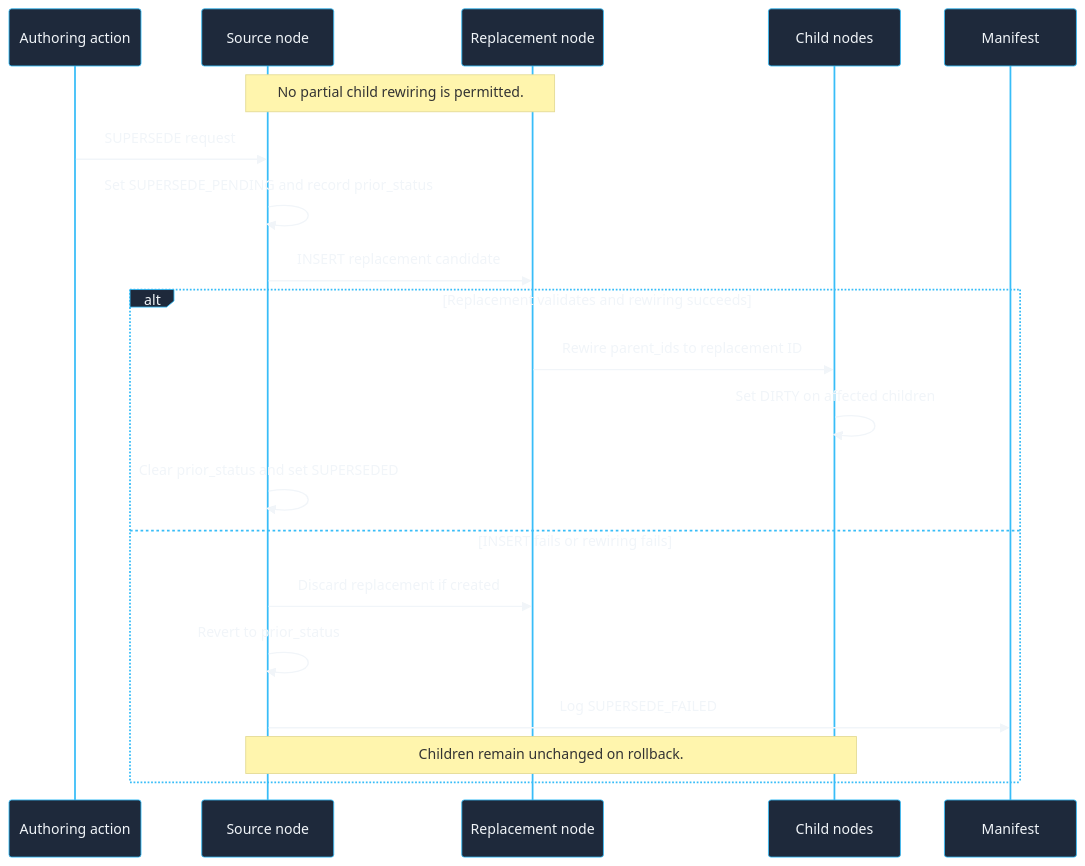
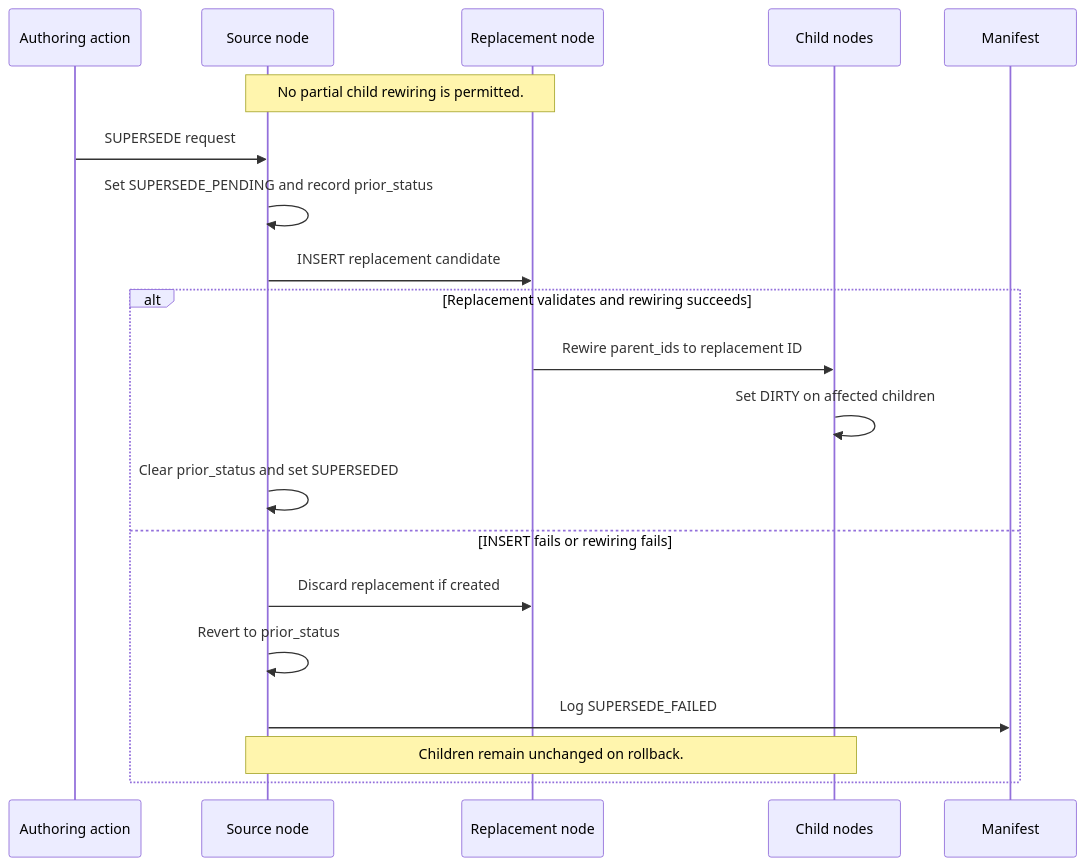
One commit to formosa/Antigravity changed diagram 16 of 28 in .agent/assets/proposals/active/v6.3/ddr_ref_manual_v6.3.md. Above: the diagram before and after it, drawn with Mermaid. The commit also changed other lines of this file and 4 other files, not shown here.

Commit message:
fix: restore Lumina CSS layout and resolve Mermaid diagram parsing issues by removing restrictive div wrappers

````diff
--- a/.agent/assets/proposals/active/v6.3/ddr_ref_manual_v6.3.md
+++ b/.agent/assets/proposals/active/v6.3/ddr_ref_manual_v6.3.md
@@ -1716,43 +2775,49 @@
 ```mermaid
-%%{
-  init: {
-    'theme': 'base',
-    'themeVariables': {
-      'primaryColor': '#1e293b',
-      'primaryTextColor': '#f1f5f9',
-      'primaryBorderColor': '#38bdf8',
-      'lineColor': '#475569',
-      'secondaryColor': '#0f172a',
-      'tertiaryColor': '#0f172a',
-      'clusterBkg': 'rgba(30, 41, 59, 0.5)',
-      'clusterBorder': '#475569',
-      'fontSize': '14px',
-      'fontFamily': 'Inter, system-ui, sans-serif',
-      'nodeBorder': '#38bdf8'
-    }
-  }
-}%%
+
 sequenceDiagram
+
     accTitle: SUPERSEDE transaction with commit and rollback
+
     accDescr: Shows the transactional SUPERSEDE sequence, including replacement insertion, child rewiring, DIRTY marking, rollback, and the rule that partial rewiring is forbidden.
+
     participant A as Authoring action
+
     participant S as Source node
+
     participant R as Replacement node
+
     participant C as Child nodes
+
     participant M as Manifest
 
+
+
     Note over S,R: No partial child rewiring is permitted.
+
     A->>S: SUPERSEDE request
+
     S->>S: Set SUPERSEDE_PENDING and record prior_status
+
     S->>R: INSERT replacement candidate
+
     alt Replacement validates and rewiring succeeds
+
         R->>C: Rewire parent_ids to replacement ID
+
         C->>C: Set DIRTY on affected children
+
         S->>S: Clear prior_status and set SUPERSEDED
+
     else INSERT fails or rewiring fails
+
         S->>R: Discard replacement if created
+
         S->>S: Revert to prior_status
+
         S->>M: Log SUPERSEDE_FAILED
+
         Note over S,C: Children remain unchanged on rollback.
+
     end
+
 ```
````
